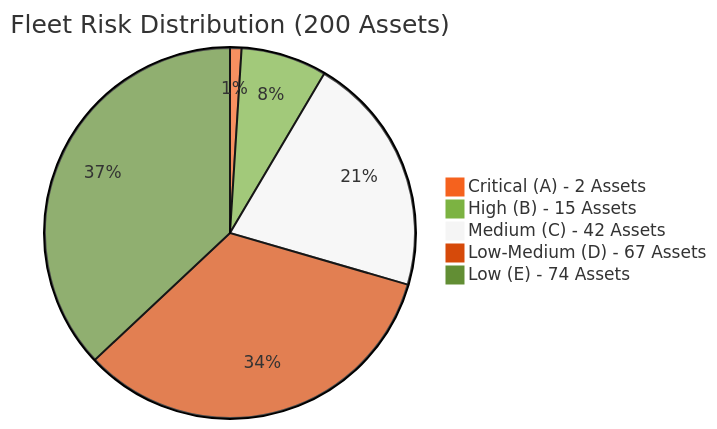
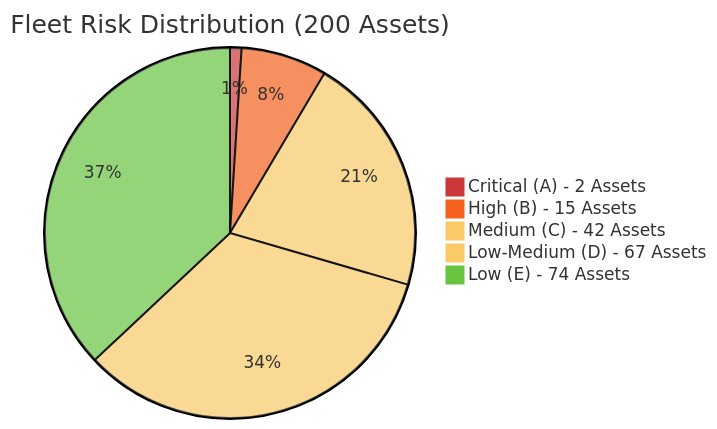
One commit to StephanieHepp/Risk-Assessment changed the first of 4 diagrams in risk_assessment_report/monthly_report_otto_argos_style.md. Above: the diagram before and after it, drawn with Mermaid.

````diff
--- a/risk_assessment_report/monthly_report_otto_argos_style.md
+++ b/risk_assessment_report/monthly_report_otto_argos_style.md
@@ -14,9 +14,9 @@
 ```mermaid
-%%{init: {'theme':'base', 'themeVariables': {'primaryColor':'#F5621E', 'secondaryColor':'#7CB342', 'tertiaryColor':'#f5f5f5', 'primaryTextColor':'#333', 'primaryBorderColor':'#ddd'}}}%%
+%%{init: {'theme':'base', 'themeVariables': {'pie1':'#CB3839', 'pie2':'#F5621E', 'pie3':'#F9CA67', 'pie4':'#F9CA67','pie5':'#68C441','primaryTextColor':'#333', 'primaryBorderColor':'#ddd'}}}%%
 pie title Fleet Risk Distribution (200 Assets)
     "Critical (A) - 2 Assets" : 2
     "High (B) - 15 Assets" : 15
     "Medium (C) - 42 Assets" : 42
     "Low-Medium (D) - 67 Assets" : 67
     "Low (E) - 74 Assets" : 74
 ```
````
